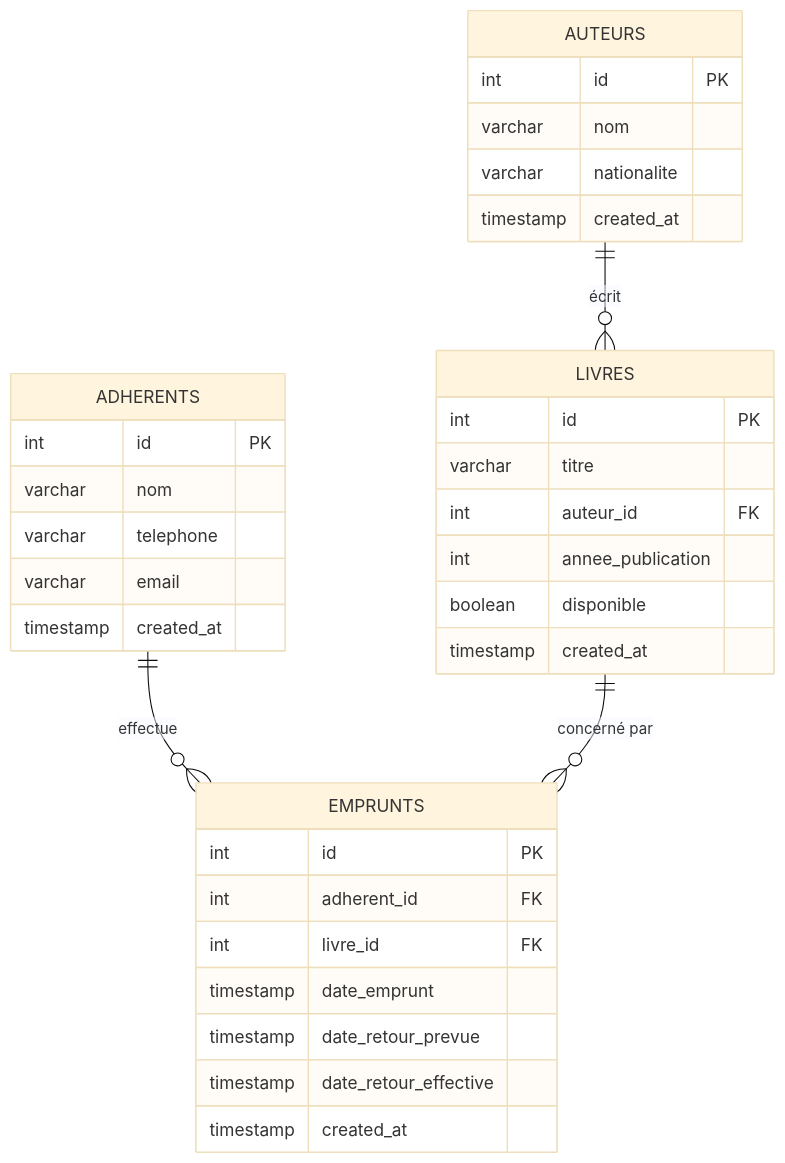
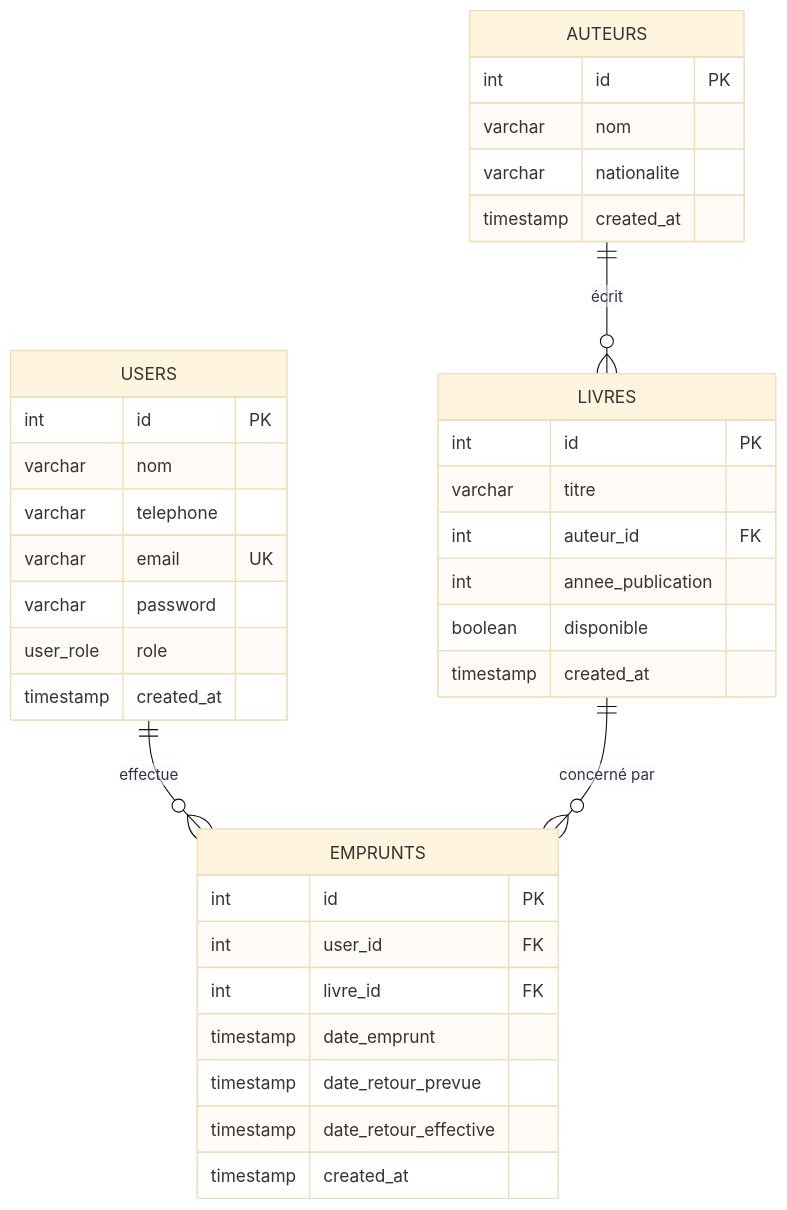
The diagram in README.md (Flammeduciel/library), drawn with Mermaid (base theme) before and after one commit. The commit also changed other lines of this file and 52 other files, not shown here.

````diff
--- a/README.md
+++ b/README.md
@@ -115,37 +196,39 @@
 ```mermaid
 erDiagram
+    USERS ||--o{ EMPRUNTS : "effectue"
     AUTEURS ||--o{ LIVRES : "écrit"
-    ADHERENTS ||--o{ EMPRUNTS : "effectue"
     LIVRES ||--o{ EMPRUNTS : "concerné par"
 
+    USERS {
+        int id PK
+        varchar nom
+        varchar telephone
+        varchar email UK
+        varchar password
+        user_role role
+        timestamp created_at
+    }
     AUTEURS {
         int id PK
         varchar nom
         varchar nationalite
-        timestamp created_at
-    }
-    ADHERENTS {
-        int id PK
-        varchar nom
-        varchar telephone
-        varchar email
         timestamp created_at
     }
     LIVRES {
         int id PK
         varchar titre
         int auteur_id FK
         int annee_publication
         boolean disponible
         timestamp created_at
     }
     EMPRUNTS {
         int id PK
-        int adherent_id FK
+        int user_id FK
         int livre_id FK
         timestamp date_emprunt
         timestamp date_retour_prevue
         timestamp date_retour_effective
         timestamp created_at
     }
 ```
````
